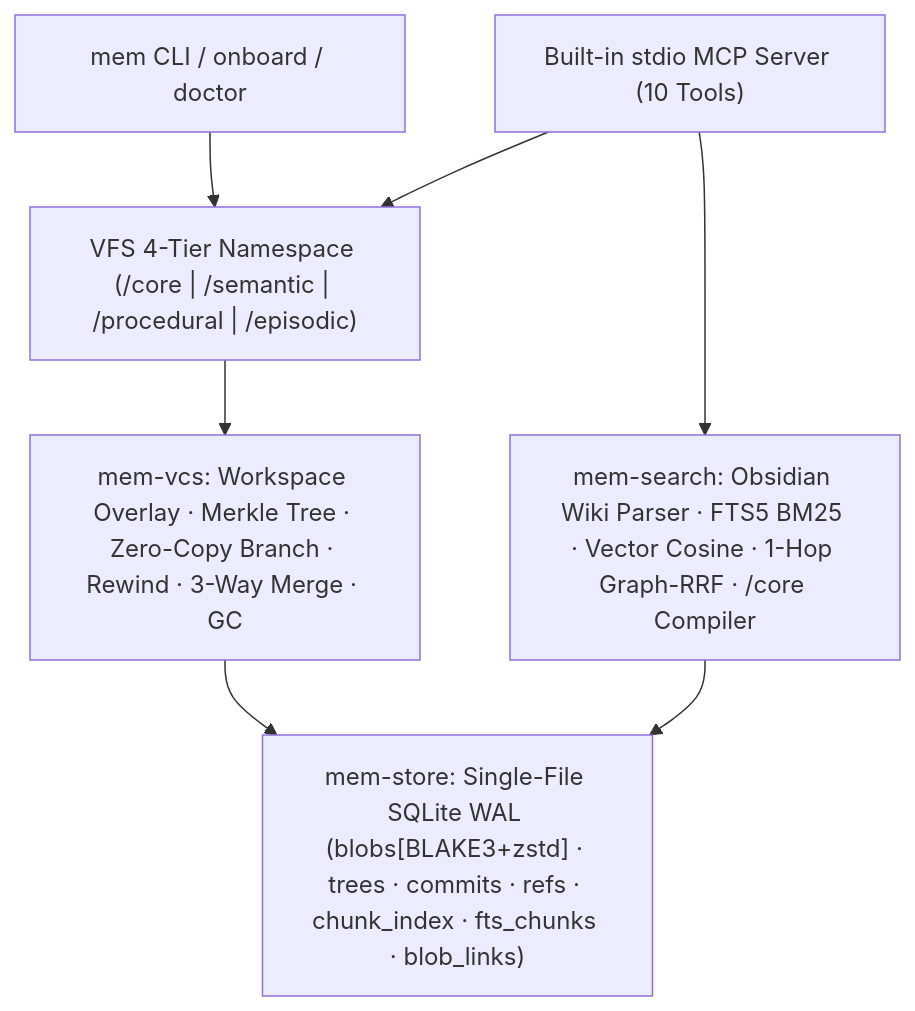
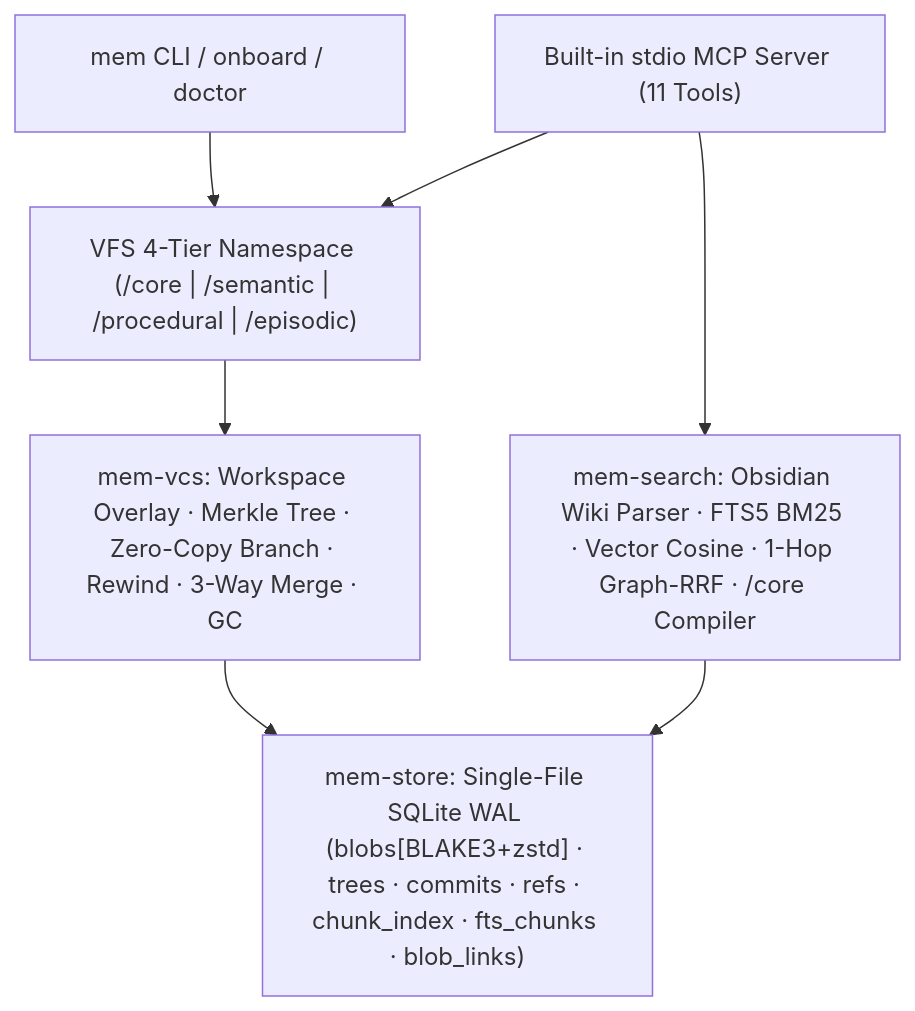
The diagram in README.md (z23ng/engram), drawn with Mermaid before and after one commit. The commit also changed other lines of this file and 11 other files, not shown here.

````diff
--- a/README.md
+++ b/README.md
@@ -84,10 +84,10 @@
 ```mermaid
 flowchart TB
     CLI["mem CLI / onboard / doctor"] --> VFS
-    MCP["Built-in stdio MCP Server (10 Tools)"] --> VFS
+    MCP["Built-in stdio MCP Server (11 Tools)"] --> VFS
     MCP --> Search
     VFS["VFS 4-Tier Namespace (/core | /semantic | /procedural | /episodic)"] --> VCS
     VCS["mem-vcs: Workspace Overlay · Merkle Tree · Zero-Copy Branch · Rewind · 3-Way Merge · GC"] --> Store
     Search["mem-search: Obsidian Wiki Parser · FTS5 BM25 · Vector Cosine · 1-Hop Graph-RRF · /core Compiler"] --> Store
     Store["mem-store: Single-File SQLite WAL (blobs[BLAKE3+zstd] · trees · commits · refs · chunk_index · fts_chunks · blob_links)"]
 ```
````
